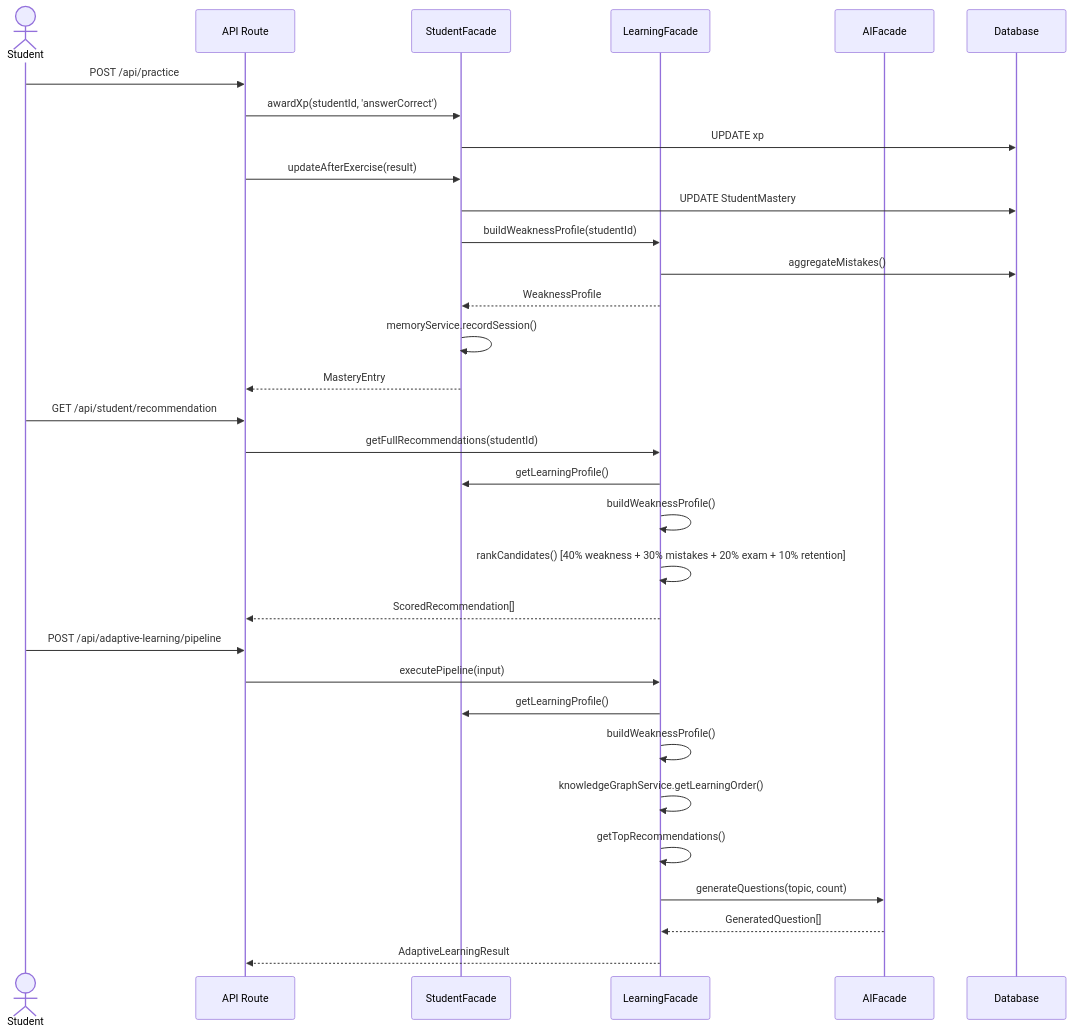
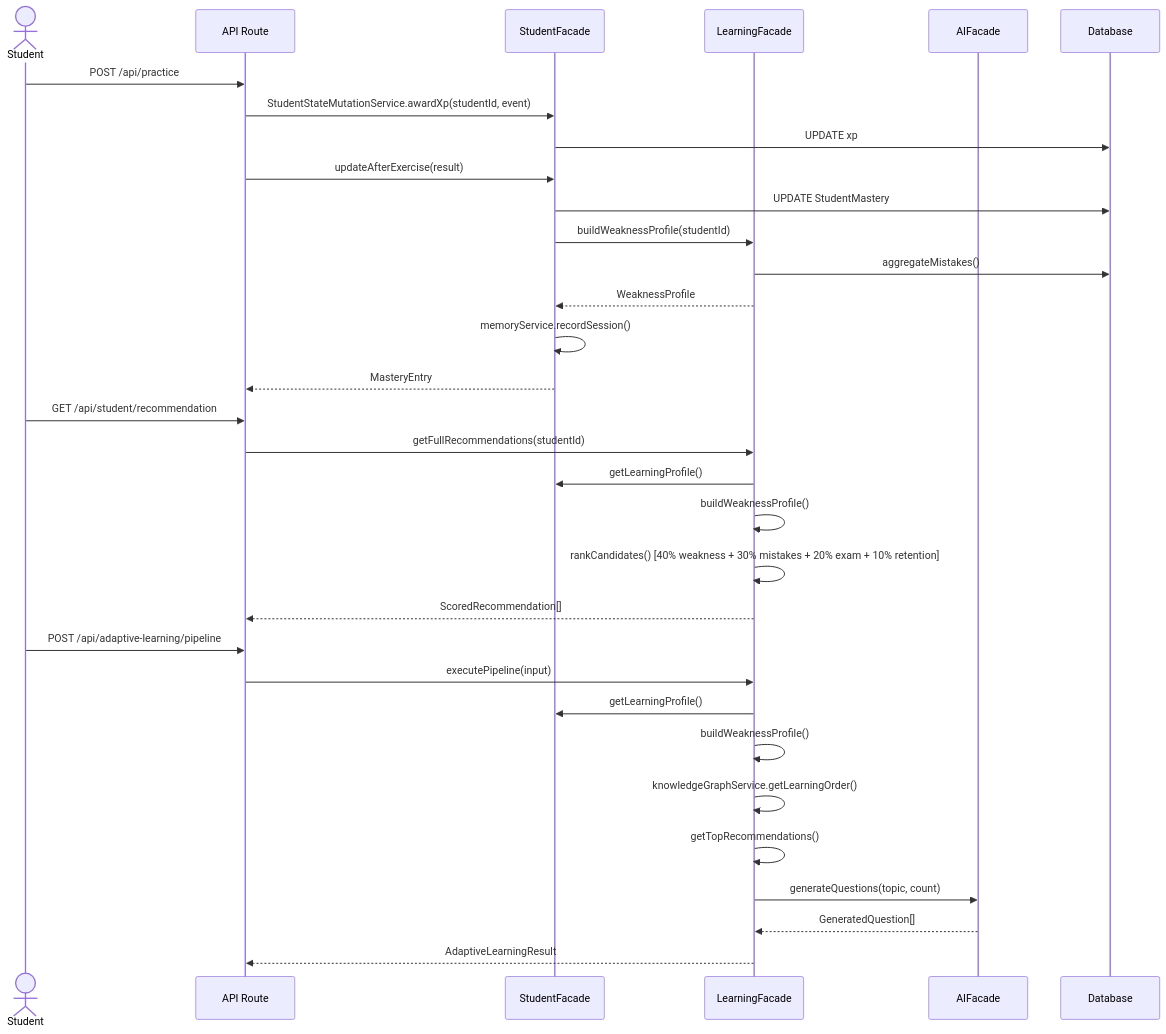
One commit to ipwh/ai-english-platform changed the first of 3 diagrams in docs/ARCHITECTURE_V4.md. Above: the diagram before and after it, drawn with Mermaid. The commit also changed 28 other files, not shown here.

````diff
--- a/docs/ARCHITECTURE_V4.md
+++ b/docs/ARCHITECTURE_V4.md
@@ -163,37 +163,37 @@
 ```mermaid
 sequenceDiagram
     actor S as Student
     participant API as API Route
     participant SF as StudentFacade
     participant LF as LearningFacade
     participant AI as AIFacade
     participant DB as Database
 
     S->>API: POST /api/practice
-    API->>SF: awardXp(studentId, 'answerCorrect')
+    API->>SF: StudentStateMutationService.awardXp(studentId, event)
     SF->>DB: UPDATE xp
     API->>SF: updateAfterExercise(result)
     SF->>DB: UPDATE StudentMastery
     SF->>LF: buildWeaknessProfile(studentId)
     LF->>DB: aggregateMistakes()
     LF-->>SF: WeaknessProfile
     SF->>SF: memoryService.recordSession()
     SF-->>API: MasteryEntry
 
     S->>API: GET /api/student/recommendation
     API->>LF: getFullRecommendations(studentId)
     LF->>SF: getLearningProfile()
     LF->>LF: buildWeaknessProfile()
     LF->>LF: rankCandidates() [40% weakness + 30% mistakes + 20% exam + 10% retention]
     LF-->>API: ScoredRecommendation[]
 
     S->>API: POST /api/adaptive-learning/pipeline
     API->>LF: executePipeline(input)
     LF->>SF: getLearningProfile()
     LF->>LF: buildWeaknessProfile()
     LF->>LF: knowledgeGraphService.getLearningOrder()
     LF->>LF: getTopRecommendations()
     LF->>AI: generateQuestions(topic, count)
     AI-->>LF: GeneratedQuestion[]
     LF-->>API: AdaptiveLearningResult
 ```
````
